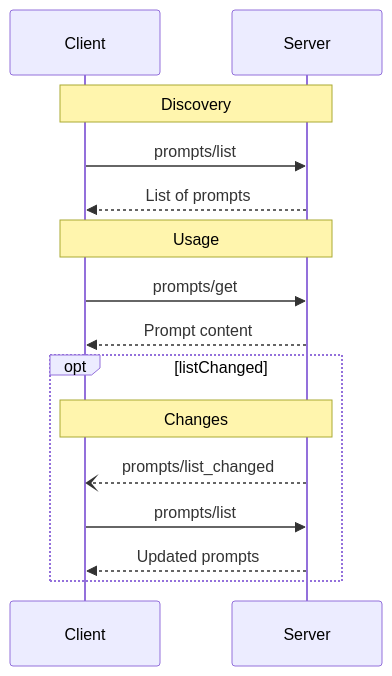
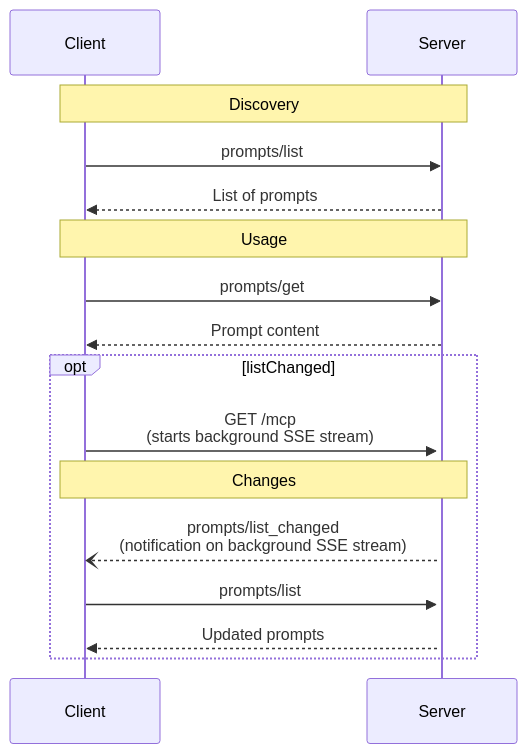
The diagram in docs/specification/draft/server/prompts.mdx (modelcontextprotocol/modelcontextprotocol), drawn with Mermaid before and after one commit. The commit also changed 1 other file, not shown here.

Commit message:
Transfer changes to `docs/specification/draft/`

````diff
--- a/docs/specification/draft/server/prompts.mdx
+++ b/docs/specification/draft/server/prompts.mdx
@@ -157,20 +157,21 @@
 ```mermaid
 sequenceDiagram
     participant Client
     participant Server
 
     Note over Client,Server: Discovery
     Client->>Server: prompts/list
     Server-->>Client: List of prompts
 
     Note over Client,Server: Usage
     Client->>Server: prompts/get
     Server-->>Client: Prompt content
 
     opt listChanged
+      Client->>+Server: GET /mcp<br>(starts background SSE stream)
       Note over Client,Server: Changes
-      Server--)Client: prompts/list_changed
+      Server--)Client: prompts/list_changed<br>(notification on background SSE stream)
       Client->>Server: prompts/list
       Server-->>Client: Updated prompts
     end
 ```
````
